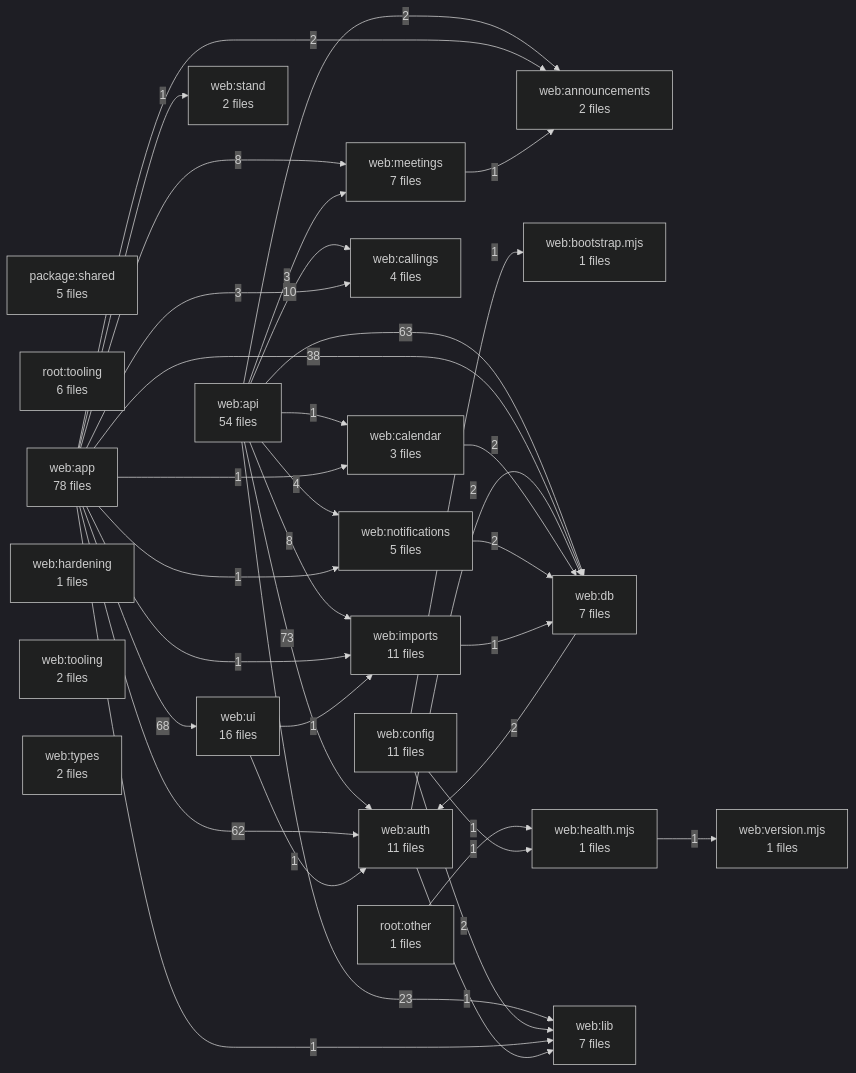
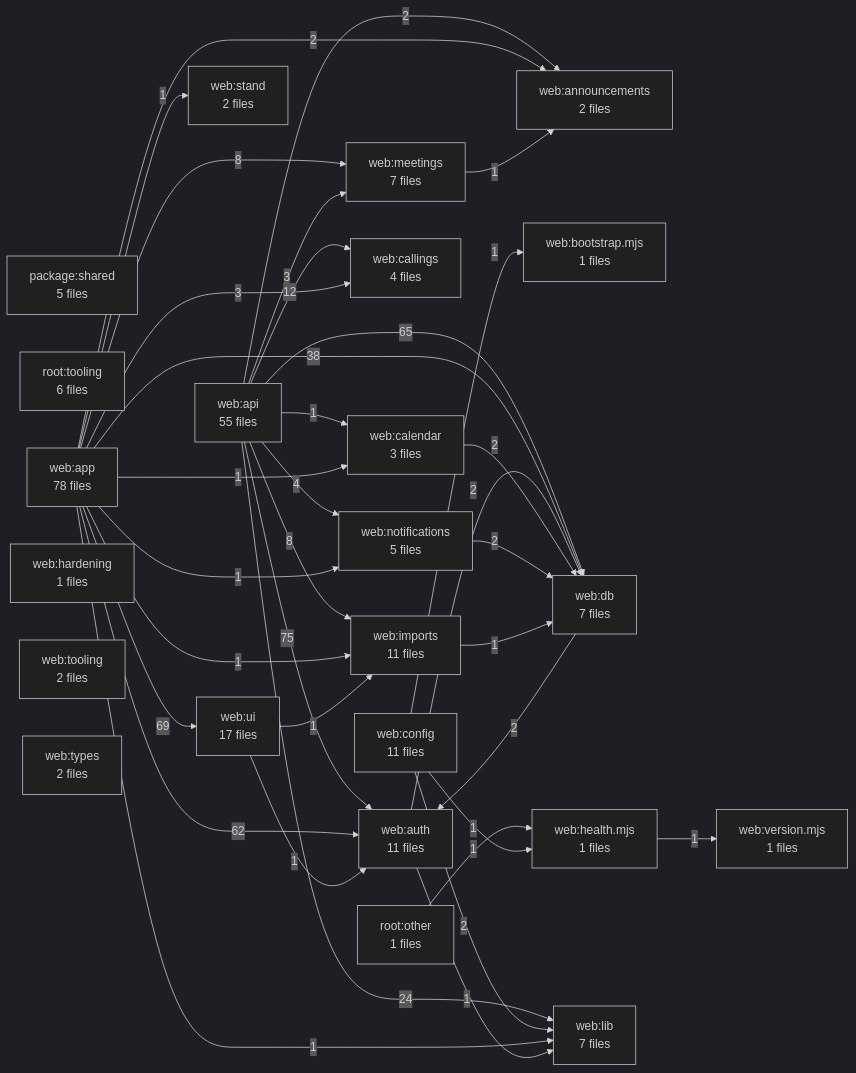
Before and after one commit to kalebhall/the-stand: the diagram in docs/DEPENDENCY_GRAPH.md, drawn with Mermaid (dark theme). The commit also changed other lines of this file and 6 other files, not shown here.

````diff
--- a/docs/DEPENDENCY_GRAPH.md
+++ b/docs/DEPENDENCY_GRAPH.md
@@ -11,60 +11,60 @@
 ```mermaid
 flowchart LR
   A1["package:shared<br/>5 files"]
   A2["root:other<br/>1 files"]
   A3["root:tooling<br/>6 files"]
   A4["web:announcements<br/>2 files"]
-  A5["web:api<br/>54 files"]
+  A5["web:api<br/>55 files"]
   A6["web:app<br/>78 files"]
   A7["web:auth<br/>11 files"]
   A8["web:bootstrap.mjs<br/>1 files"]
   A9["web:calendar<br/>3 files"]
   A10["web:callings<br/>4 files"]
   A11["web:config<br/>11 files"]
   A12["web:db<br/>7 files"]
   A13["web:hardening<br/>1 files"]
   A14["web:health.mjs<br/>1 files"]
   A15["web:imports<br/>11 files"]
   A16["web:lib<br/>7 files"]
   A17["web:meetings<br/>7 files"]
   A18["web:notifications<br/>5 files"]
   A19["web:stand<br/>2 files"]
   A20["web:tooling<br/>2 files"]
   A21["web:types<br/>2 files"]
-  A22["web:ui<br/>16 files"]
+  A22["web:ui<br/>17 files"]
   A23["web:version.mjs<br/>1 files"]
-  A5 -->|73| A7
-  A6 -->|68| A22
-  A5 -->|63| A12
+  A5 -->|75| A7
+  A6 -->|69| A22
+  A5 -->|65| A12
   A6 -->|62| A7
   A6 -->|38| A12
-  A5 -->|23| A16
-  A5 -->|10| A10
+  A5 -->|24| A16
+  A5 -->|12| A10
   A5 -->|8| A15
   A6 -->|8| A17
   A5 -->|4| A18
   A5 -->|3| A17
   A6 -->|3| A10
   A5 -->|2| A4
   A6 -->|2| A4
   A7 -->|2| A12
   A9 -->|2| A12
   A11 -->|2| A16
   A12 -->|2| A7
   A18 -->|2| A12
   A2 -->|1| A14
   A5 -->|1| A9
   A6 -->|1| A9
   A6 -->|1| A15
   A6 -->|1| A16
   A6 -->|1| A18
   A6 -->|1| A19
   A7 -->|1| A16
   A11 -->|1| A8
   A11 -->|1| A14
   A14 -->|1| A23
   A15 -->|1| A12
   A17 -->|1| A4
   A22 -->|1| A7
   A22 -->|1| A15
 ```
````
